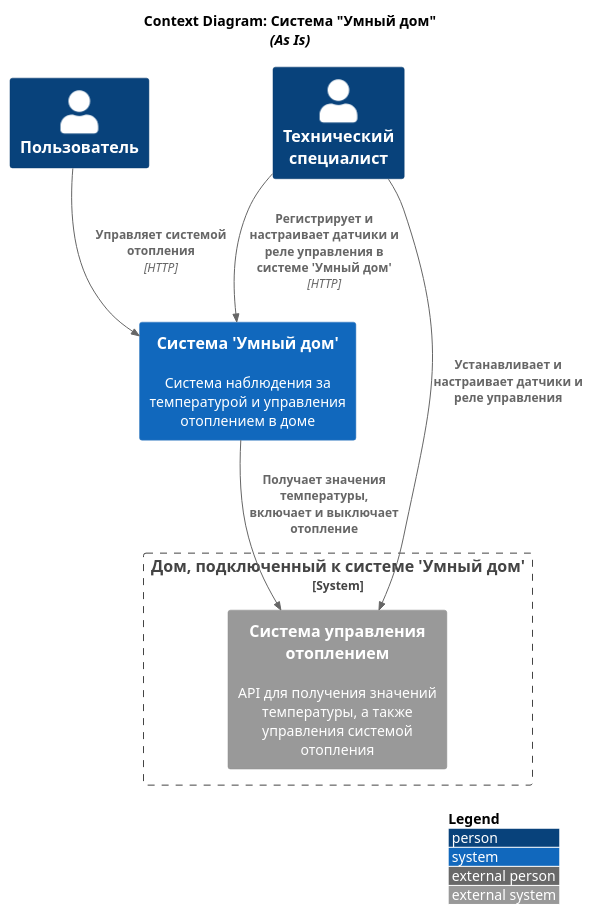
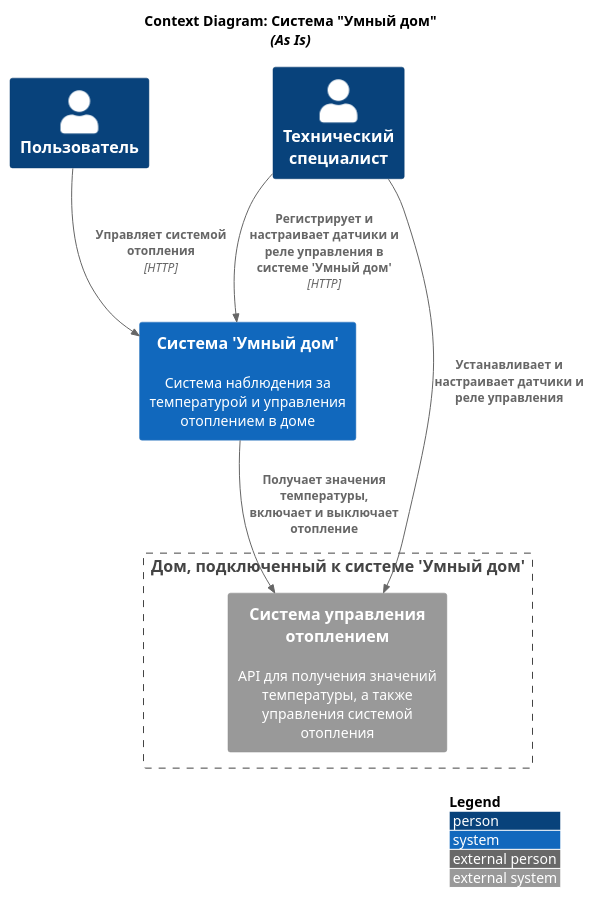
Before and after one commit to zergnk/architecture-pro-warmhouse: the diagram in schemas/C4/context/as_is.puml, drawn with PlantUML. The commit also changed 8 other files, not shown here.

Commit message:
Задание 3. Разработка ER-диаграммы

```diff
--- a/schemas/C4/context/as_is.puml
+++ b/schemas/C4/context/as_is.puml
@@ -1,27 +1,27 @@
 @startuml
 title
     Context Diagram: Система "Умный дом"
     <i>(As Is)</i>
 end title
 
 top to bottom direction
 
 !include <C4/C4_Context.puml>
 
 LAYOUT_WITH_LEGEND()
 
 Person(user, "Пользователь")
 Person(technical_specialist, "Технический специалист")
 
 System(smart_house, "Система 'Умный дом'", "Система наблюдения за температурой и управления отоплением в доме")
 
-System_Boundary(external_house_boundary, "Дом, подключенный к системе 'Умный дом'") {
+Boundary(external_house_boundary, "Дом, подключенный к системе 'Умный дом'") {
     System_Ext(heating_system, "Система управления отоплением", "API для получения значений температуры, а также управления системой отопления")
 }
 
 Rel(user, smart_house, "Управляет системой отопления", "HTTP")
 Rel(technical_specialist, smart_house, "Регистрирует и настраивает датчики и реле управления в системе 'Умный дом'", "HTTP")
 Rel(technical_specialist, heating_system, "Устанавливает и настраивает датчики и реле управления")
 Rel(smart_house, heating_system,"Получает значения температуры, включает и выключает отопление")
 
 @enduml
```
